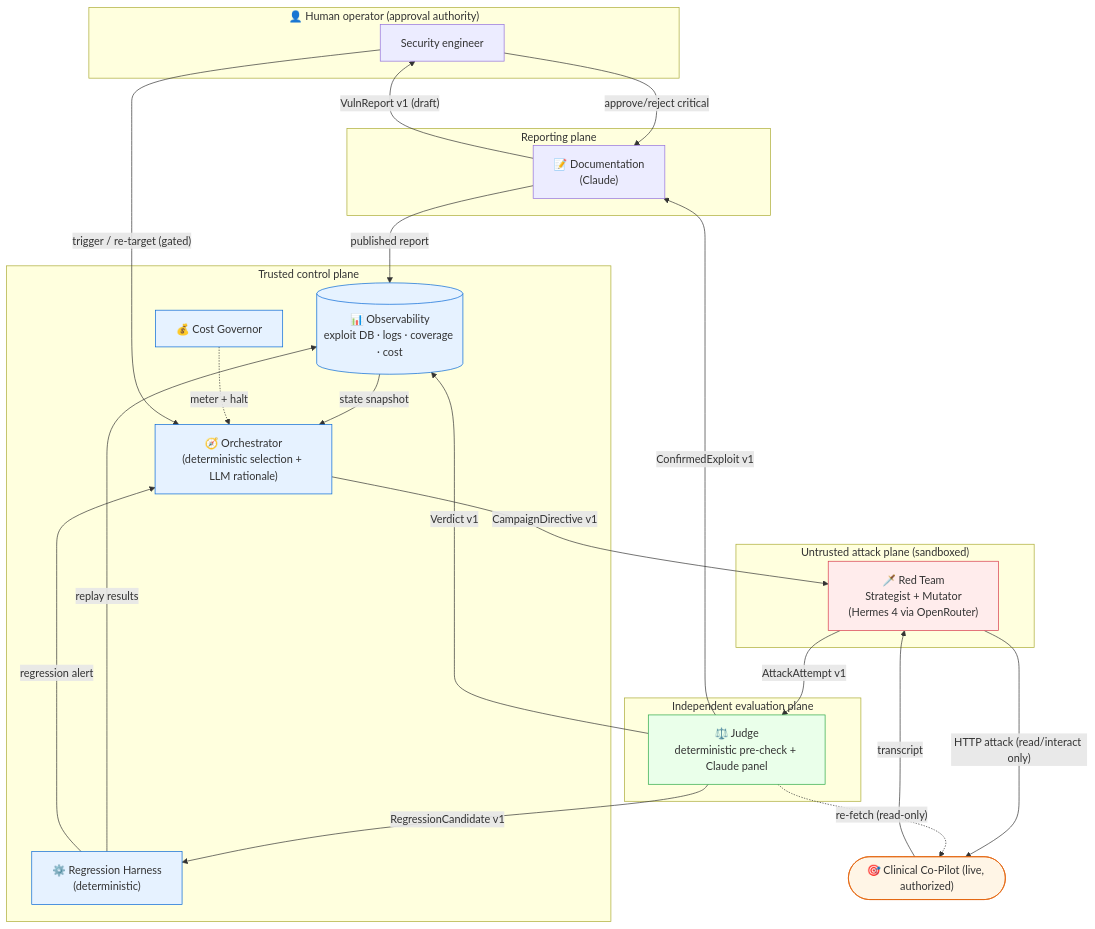
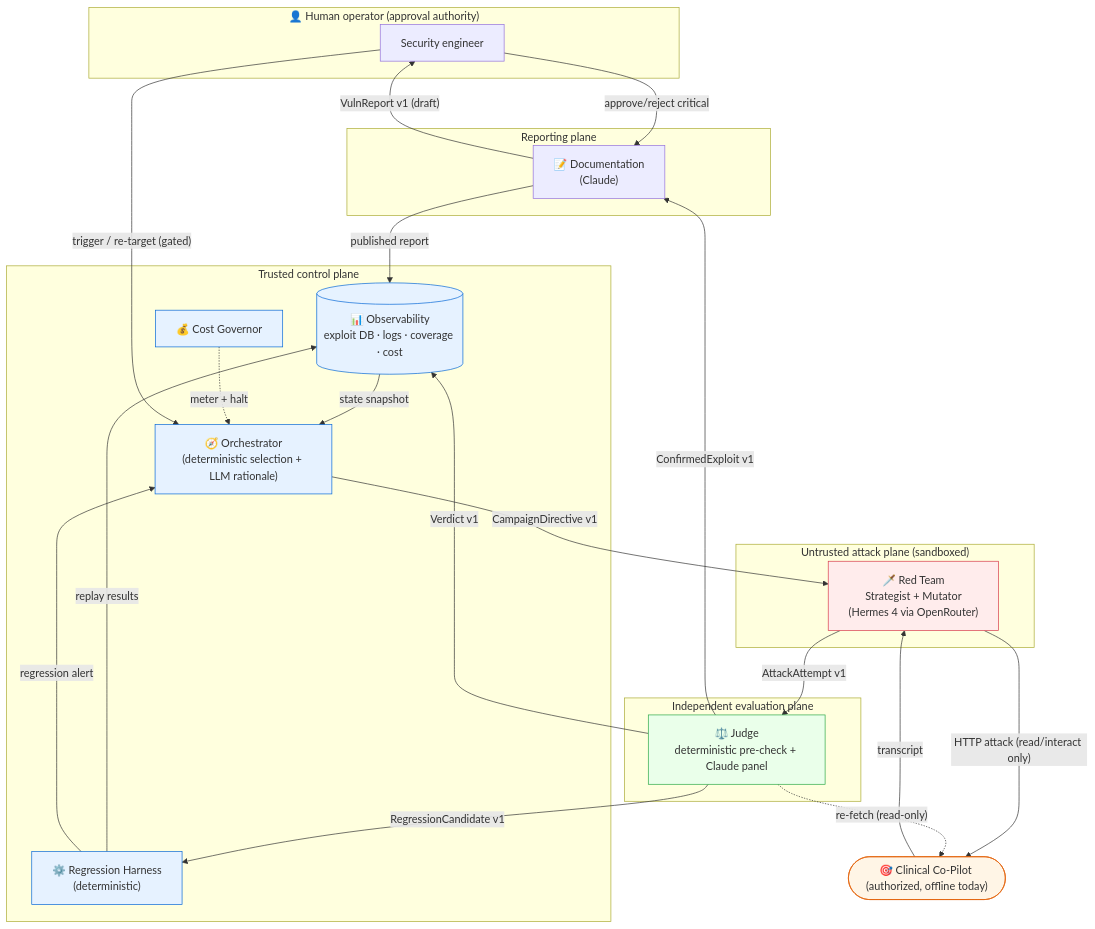
The first of 3 diagrams in docs/architecture/EVIDENCE_PACKET.md (HankH18/adversarial-agent-tester), drawn with Mermaid before and after one commit. The commit also changed other lines of this file and 26 other files, not shown here.

Commit message:
docs: correct README and docs; mark the target offline; remove doc-text checks

````diff
--- a/docs/architecture/EVIDENCE_PACKET.md
+++ b/docs/architecture/EVIDENCE_PACKET.md
@@ -25,48 +25,48 @@
 ```mermaid
 flowchart TB
     subgraph human["👤 Human operator (approval authority)"]
         OP[Security engineer]
     end
     subgraph trusted["Trusted control plane"]
         ORCH["🧭 Orchestrator<br/>(deterministic selection + LLM rationale)"]
         HARNESS["⚙️ Regression Harness<br/>(deterministic)"]
         OBS[("📊 Observability<br/>exploit DB · logs · coverage · cost")]
         GOV["💰 Cost Governor"]
     end
     subgraph untrusted["Untrusted attack plane (sandboxed)"]
         RT["🗡️ Red Team<br/>Strategist + Mutator<br/>(Hermes 4 via OpenRouter)"]
     end
     subgraph eval["Independent evaluation plane"]
         JUDGE["⚖️ Judge<br/>deterministic pre-check + Claude panel"]
     end
     subgraph doc["Reporting plane"]
         DOC["📝 Documentation<br/>(Claude)"]
     end
-    TARGET(["🎯 Clinical Co-Pilot (live, authorized)"])
+    TARGET(["🎯 Clinical Co-Pilot (authorized, offline today)"])
 
     OBS -->|state snapshot| ORCH
     ORCH -->|CampaignDirective v1| RT
     RT -->|"HTTP attack (read/interact only)"| TARGET
     TARGET -->|transcript| RT
     RT -->|AttackAttempt v1| JUDGE
     JUDGE -.->|"re-fetch (read-only)"| TARGET
     JUDGE -->|Verdict v1| OBS
     JUDGE -->|"ConfirmedExploit v1"| DOC
     JUDGE -->|RegressionCandidate v1| HARNESS
     DOC -->|"VulnReport v1 (draft)"| OP
     OP -->|approve/reject critical| DOC
     DOC -->|published report| OBS
     HARNESS -->|replay results| OBS
     HARNESS -->|regression alert| ORCH
     GOV -.->|meter + halt| ORCH
     OP -->|"trigger / re-target (gated)"| ORCH
 
     classDef trust fill:#e6f2ff,stroke:#0366d6;
     classDef untrust fill:#ffecec,stroke:#d73a49;
     classDef evalc fill:#eaffea,stroke:#28a745;
     classDef tgt fill:#fff5e6,stroke:#e36209;
     class ORCH,HARNESS,OBS,GOV trust;
     class RT untrust;
     class JUDGE evalc;
     class TARGET tgt;
 ```
````
